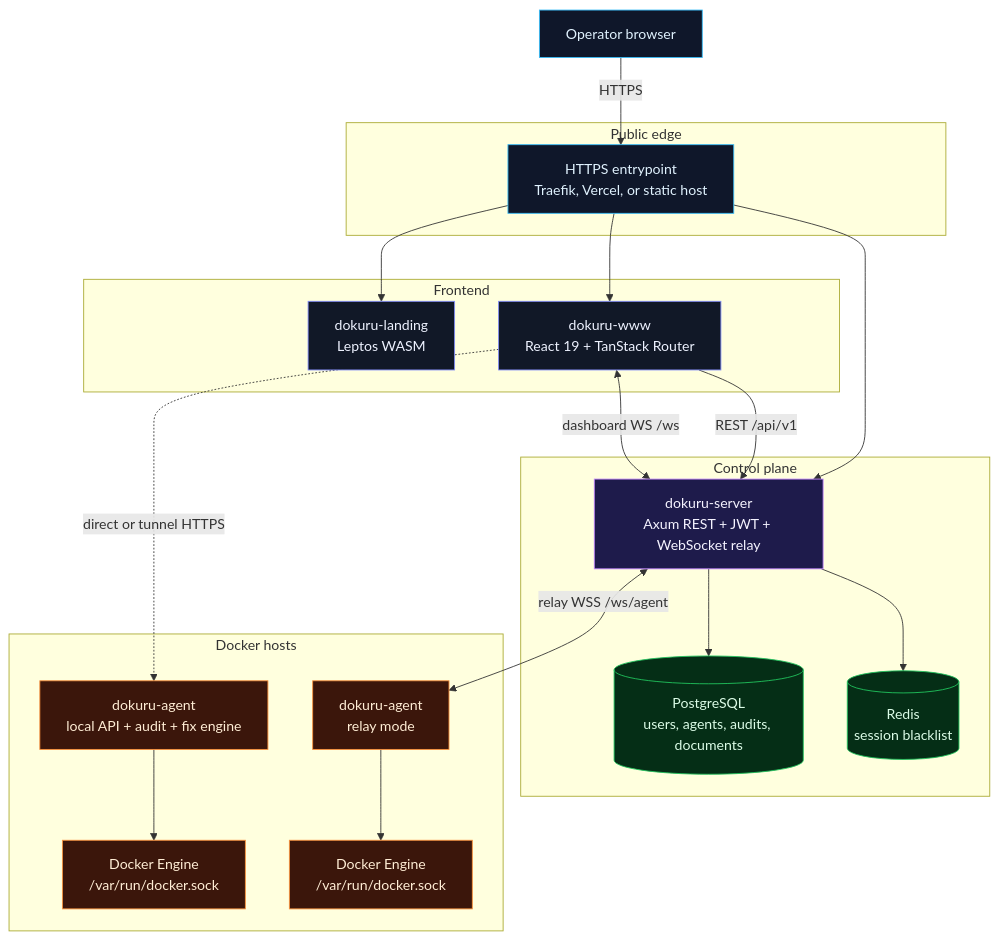
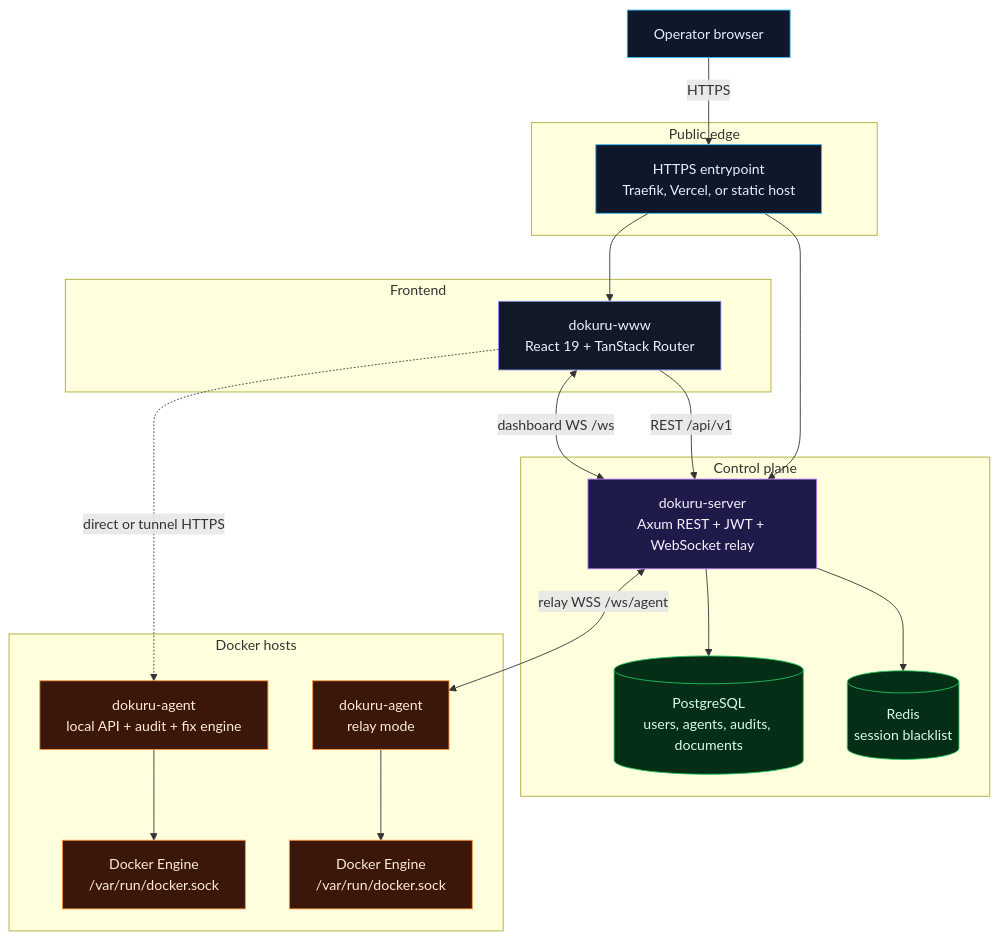
Before and after one commit to rifuki/dokuru: the second of 12 diagrams in README.md, drawn with Mermaid. The commit also changed other lines of this file and 1 other file, not shown here.

````diff
--- a/README.md
+++ b/README.md
@@ -149,52 +148,50 @@
 ```mermaid
 flowchart TB
     user["Operator browser"]
 
     subgraph edge["Public edge"]
         tls["HTTPS entrypoint<br/>Traefik, Vercel, or static host"]
     end
 
     subgraph frontend["Frontend"]
-        landing["dokuru-landing<br/>Leptos WASM"]
         www["dokuru-www<br/>React 19 + TanStack Router"]
     end
 
     subgraph backend["Control plane"]
         server["dokuru-server<br/>Axum REST + JWT + WebSocket relay"]
         pg[("PostgreSQL<br/>users, agents, audits, documents")]
         redis[("Redis<br/>session blacklist")]
     end
 
     subgraph hosts["Docker hosts"]
         agentA["dokuru-agent<br/>local API + audit + fix engine"]
         agentB["dokuru-agent<br/>relay mode"]
         dockerA["Docker Engine<br/>/var/run/docker.sock"]
         dockerB["Docker Engine<br/>/var/run/docker.sock"]
     end
 
     user -->|HTTPS| tls
-    tls --> landing
     tls --> www
     tls --> server
 
     www -->|REST /api/v1| server
     www <-->|dashboard WS /ws| server
     www -.->|direct or tunnel HTTPS| agentA
     server <-->|relay WSS /ws/agent| agentB
 
     server --> pg
     server --> redis
     agentA --> dockerA
     agentB --> dockerB
 
     classDef surface fill:#0f172a,stroke:#38bdf8,color:#e0f2fe
     classDef app fill:#111827,stroke:#818cf8,color:#eef2ff
     classDef controlPlane fill:#1e1b4b,stroke:#c084fc,color:#f5f3ff
     classDef dataStore fill:#052e16,stroke:#22c55e,color:#dcfce7
     classDef hostNode fill:#3b160b,stroke:#fb923c,color:#ffedd5
     class user,tls surface
-    class landing,www app
+    class www app
     class server controlPlane
     class pg,redis dataStore
     class agentA,agentB,dockerA,dockerB hostNode
 ```
````
